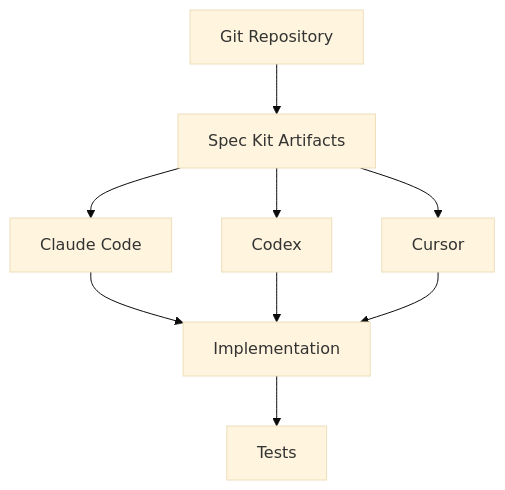
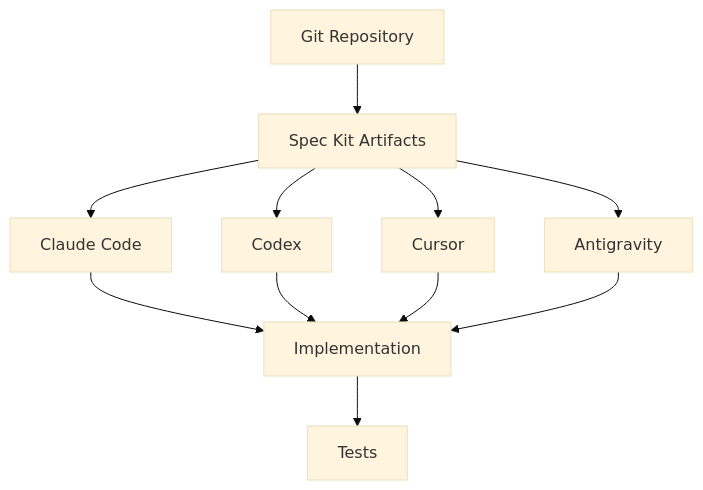
Diagram 17 of 19 in _posts/2026-09-13-spec-driven-development-hospital-erp.md (joeshc/AI-SDLC-SDD), drawn with Mermaid (base theme) before and after one commit. The commit also changed other lines of this file and 1 other file, not shown here.

````diff
--- a/_posts/2026-09-13-spec-driven-development-hospital-erp.md
+++ b/_posts/2026-09-13-spec-driven-development-hospital-erp.md
@@ -1838,11 +1855,13 @@
 ```mermaid
 flowchart TD
     A[Git Repository] --> B[Spec Kit Artifacts]
     B --> C[Claude Code]
     B --> D[Codex]
     B --> E[Cursor]
+    B --> H[Antigravity]
     C --> F[Implementation]
     D --> F
     E --> F
+    H --> F
     F --> G[Tests]
 ```
````
